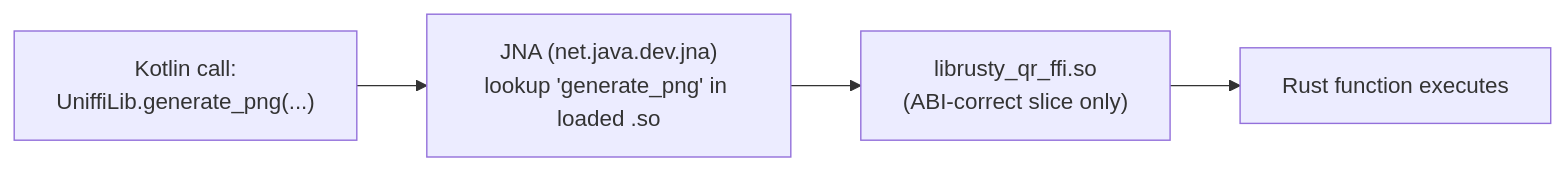
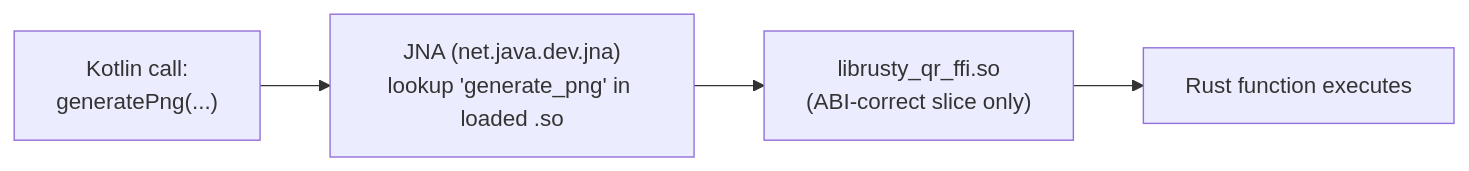
Before and after one commit to prasannajeet/RustyQR: the third of 7 diagrams in docs/ARCHITECTURE.md, drawn with Mermaid. The commit also changed other lines of this file and 6 other files, not shown here.

````diff
--- a/docs/ARCHITECTURE.md
+++ b/docs/ARCHITECTURE.md
@@ -240,9 +290,9 @@
 ```mermaid
 graph LR
-    A["Kotlin call:<br/>UniffiLib.generate_png(...)"]
+    A["Kotlin call:<br/>generatePng(...)"]
     B["JNA (net.java.dev.jna)<br/>lookup 'generate_png' in loaded .so"]
     C["librusty_qr_ffi.so<br/>(ABI-correct slice only)"]
     D["Rust function executes"]
 
     A --> B --> C --> D
 ```
````
